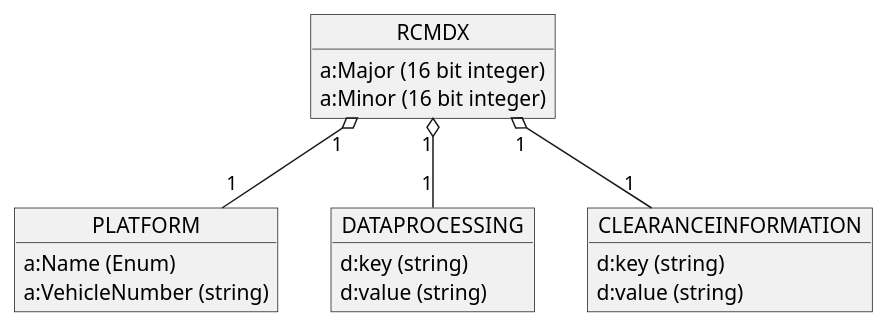
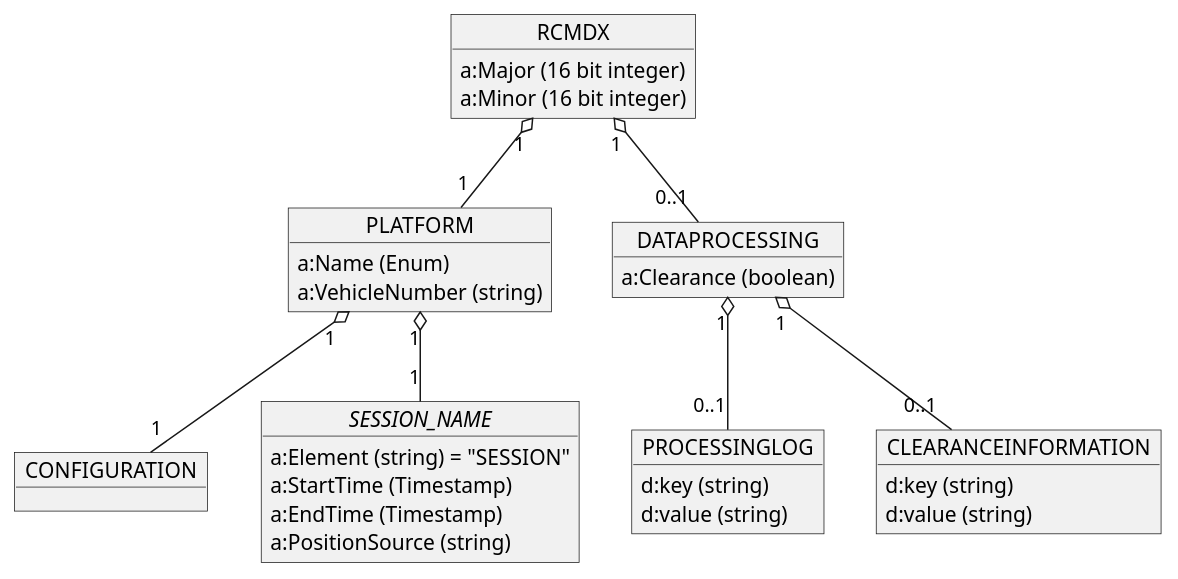
One commit to OpenRailAssociation/rcm-dx changed the second of 13 diagrams in images/rcm-dx-images.puml. Above: the diagram before and after it, drawn with PlantUML. The commit also changed other lines of this file and 5 other files, not shown here.

```diff
--- a/images/rcm-dx-images.puml
+++ b/images/rcm-dx-images.puml
@@ -43,27 +43,43 @@
 @startuml rcmdx_root_group
 
   object RCMDX {
     a:Major (16 bit integer)
     a:Minor (16 bit integer)
   }
   
   object PLATFORM {
     a:Name (Enum)
     a:VehicleNumber (string)
   }
 
   RCMDX "1" o-- "1" PLATFORM
 
   object DATAPROCESSING {
+    a:Clearance (boolean)
+  }
+  RCMDX "1" o-- "0..1" DATAPROCESSING
+
+ object PROCESSINGLOG {
     d:key (string)
     d:value (string)
   }
-  RCMDX "1" o-- "1" DATAPROCESSING
+  DATAPROCESSING "1" o-- "0..1" PROCESSINGLOG
 
   object CLEARANCEINFORMATION {
     d:key (string)
     d:value (string)
   }
-  RCMDX "1" o-- "1" CLEARANCEINFORMATION
+  DATAPROCESSING "1" o-- "0..1" CLEARANCEINFORMATION
+
+  object "CONFIGURATION" as platform_config
+  PLATFORM "1" o-- "1" platform_config
+
+  object "//SESSION_NAME//" as session_name {
+    a:Element (string) = "SESSION"
+    a:StartTime (Timestamp)
+    a:EndTime (Timestamp)
+    a:PositionSource (string)
+  } 
+  PLATFORM "1" o-- "1" session_name
 
 @enduml
```
